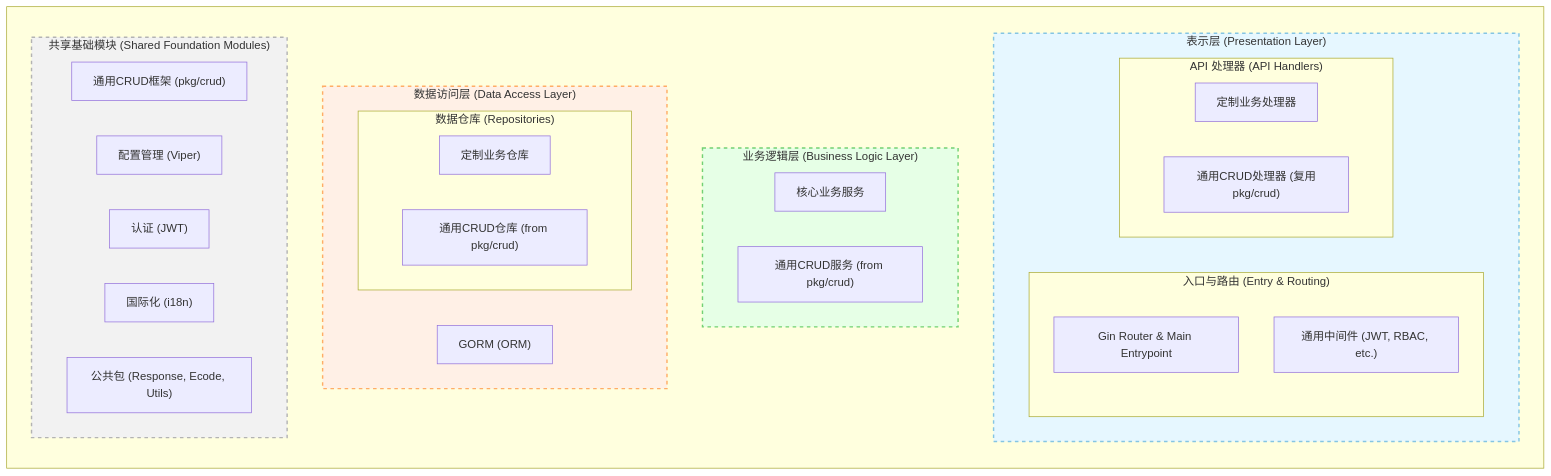
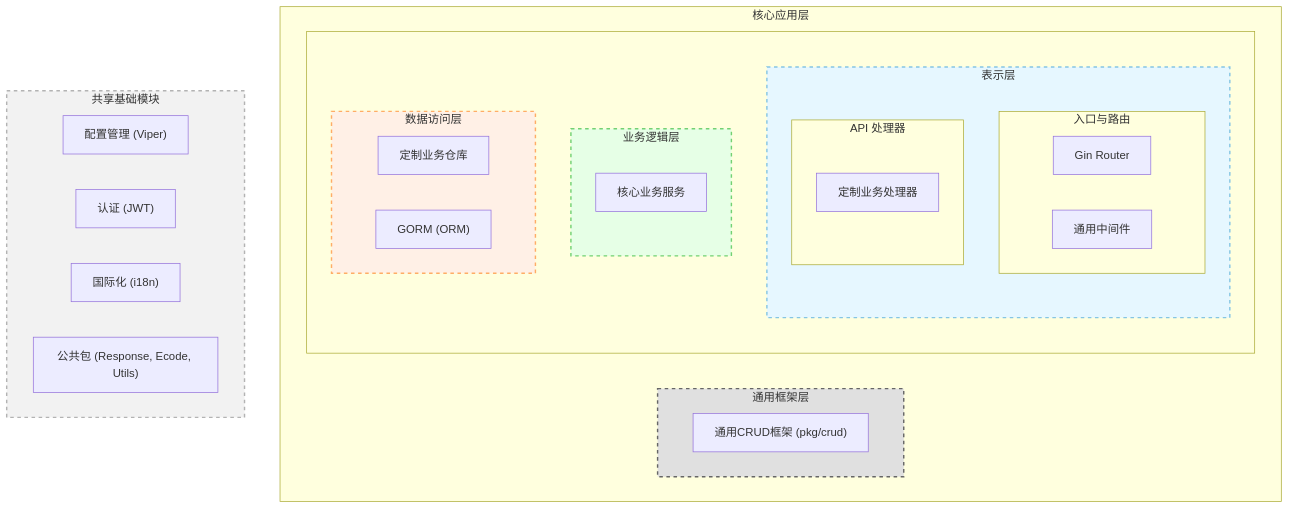
The diagram in README.md (QiYuOr2/AdminGO), drawn with Mermaid before and after one commit.

Commit message:
docs: 架构图

````diff
--- a/README.md
+++ b/README.md
@@ -3,49 +3,51 @@
 ```mermaid
 graph TD
-    subgraph " "
-        direction TB
+    subgraph CoreApplication ["核心应用层"]
+        direction LR
 
-        %% Layer 1: Presentation
-        subgraph Presentation ["表示层 (Presentation Layer)"]
-            subgraph PresentationEntry ["入口与路由 (Entry & Routing)"]
-                Router["Gin Router & Main Entrypoint"]
-                Middlewares["通用中间件 (JWT, RBAC, etc.)"]
+        subgraph Framework ["通用框架层"]
+            direction LR
+            PkgCrud["通用CRUD框架 (pkg/crud)"]
+        end
+
+        subgraph BusinessLayers [" "]
+            direction BT
+
+            subgraph Presentation ["表示层"]
+                subgraph PresentationEntry ["入口与路由"]
+                    Router["Gin Router"]
+                    Middlewares["通用中间件"]
+                end
+                subgraph PresentationHandlers ["API 处理器"]
+                    CustomHandlers["定制业务处理器"]
+                end
             end
 
-            subgraph PresentationHandlers ["API 处理器 (API Handlers)"]
-                CustomHandlers["定制业务处理器"]
-                GenericCrudHandlers["通用CRUD处理器 (复用pkg/crud)"]
+            subgraph Business ["业务逻辑层"]
+                CoreServices["核心业务服务"]
+            end
+
+            subgraph Data ["数据访问层"]
+                    direction LR
+                CustomRepos["定制业务仓库"]
+                Gorm["GORM (ORM)"]
             end
         end
 
-        %% Layer 2: Business Logic
-        subgraph Business ["业务逻辑层 (Business Logic Layer)"]
-            CoreServices["核心业务服务"]
-            GenericCrudService["通用CRUD服务 (from pkg/crud)"]
-        end
+    end
 
-        %% Layer 3: Data Access
-        subgraph Data ["数据访问层 (Data Access Layer)"]
-            subgraph DataRepos ["数据仓库 (Repositories)"]
-                CustomRepos["定制业务仓库"]
-                GenericCrudRepo["通用CRUD仓库 (from pkg/crud)"]
-            end
-            Gorm["GORM (ORM)"]
-        end
-
-        %% Layer 4: Shared Modules
-        subgraph Shared ["共享基础模块 (Shared Foundation Modules)"]
-            PkgCrud["通用CRUD框架 (pkg/crud)"]
-            Config["配置管理 (Viper)"]
-            JWT["认证 (JWT)"]
-            I18n["国际化 (i18n)"]
-            CommonPkgs["公共包 (Response, Ecode, Utils)"]
-        end
+    subgraph SharedModules ["共享基础模块"]
+        direction LR
+        Config["配置管理 (Viper)"]
+        JWT["认证 (JWT)"]
+        I18n["国际化 (i18n)"]
+        CommonPkgs["公共包 (Response, Ecode, Utils)"]
     end
 
     %% Styling Definitions
+    style Framework    fill:#e0e0e0,stroke:#666666,stroke-width:2px,stroke-dasharray: 5 5
+    style Data         fill:#fff0e6,stroke:#ffad66,stroke-width:2px,stroke-dasharray: 5 5
+    style Business     fill:#e6ffe6,stroke:#73d173,stroke-width:2px,stroke-dasharray: 5 5
     style Presentation fill:#e6f7ff,stroke:#85c5e3,stroke-width:2px,stroke-dasharray: 5 5
-    style Business     fill:#e6ffe6,stroke:#73d173,stroke-width:2px,stroke-dasharray: 5 5
-    style Data         fill:#fff0e6,stroke:#ffad66,stroke-width:2px,stroke-dasharray: 5 5
-    style Shared       fill:#f2f2f2,stroke:#b3b3b3,stroke-width:2px,stroke-dasharray: 5 5
+    style SharedModules fill:#f2f2f2,stroke:#b3b3b3,stroke-width:2px,stroke-dasharray: 5 5
 ```
````
